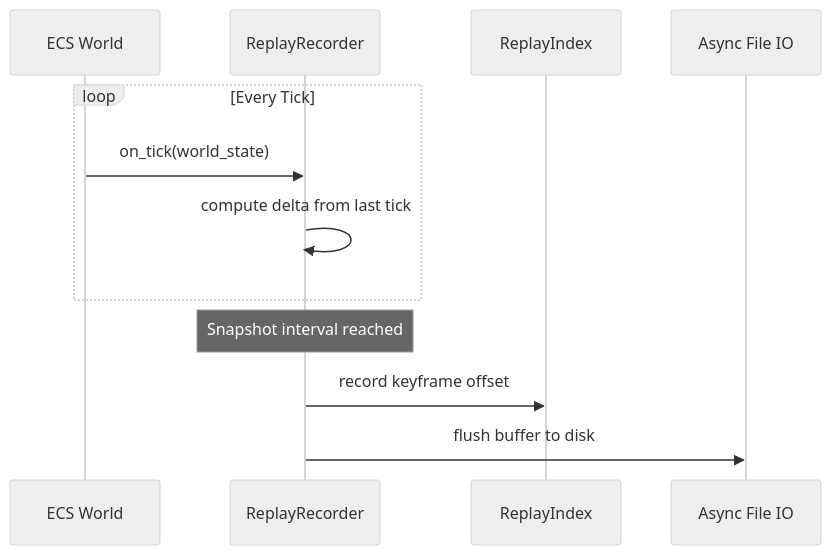
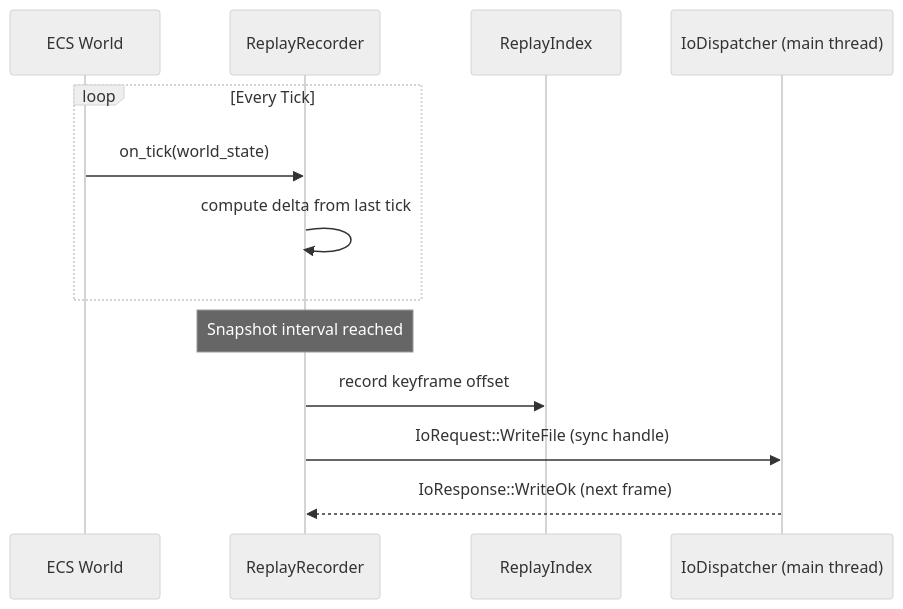
Before and after one commit to harmonius-dev/harmonius: the sixth of 14 diagrams in docs/design/networking/network-services.md, drawn with Mermaid (neutral theme). The commit also changed other lines of this file and 143 other files, not shown here.

````diff
--- a/docs/design/networking/network-services.md
+++ b/docs/design/networking/network-services.md
@@ -319,15 +359,16 @@
 ```mermaid
 sequenceDiagram
     participant ECS as ECS World
     participant REC as ReplayRecorder
     participant IDX as ReplayIndex
-    participant FS as Async File IO
+    participant IO as IoDispatcher (main thread)
 
     loop Every Tick
         ECS->>REC: on_tick(world_state)
         REC->>REC: compute delta from last tick
     end
     Note over REC: Snapshot interval reached
     REC->>IDX: record keyframe offset
-    REC->>FS: flush buffer to disk
+    REC->>IO: IoRequest::WriteFile (sync handle)
+    IO-->>REC: IoResponse::WriteOk (next frame)
 ```
````
